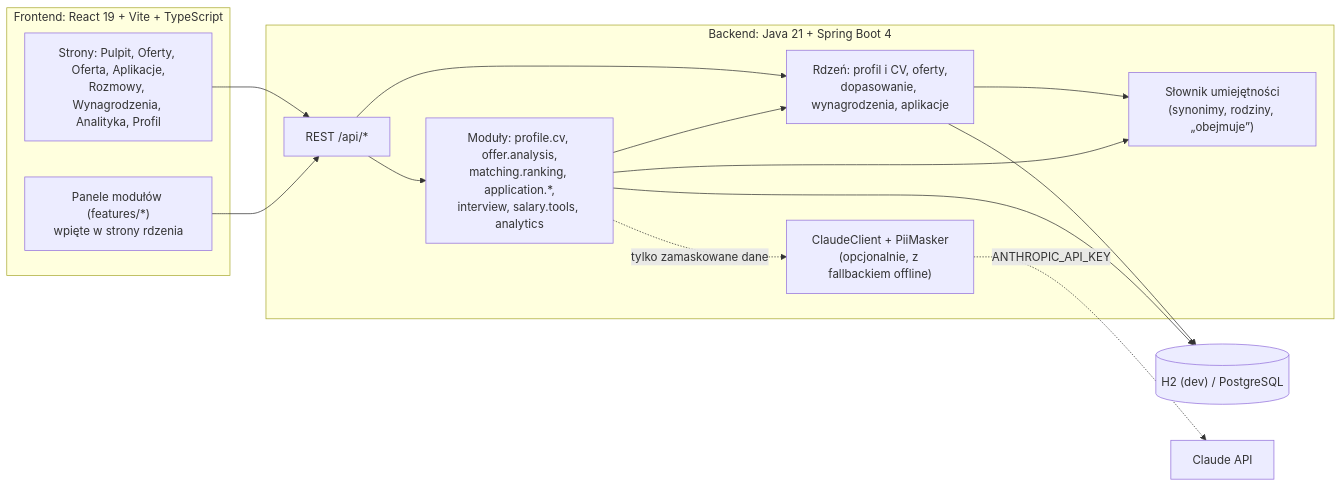
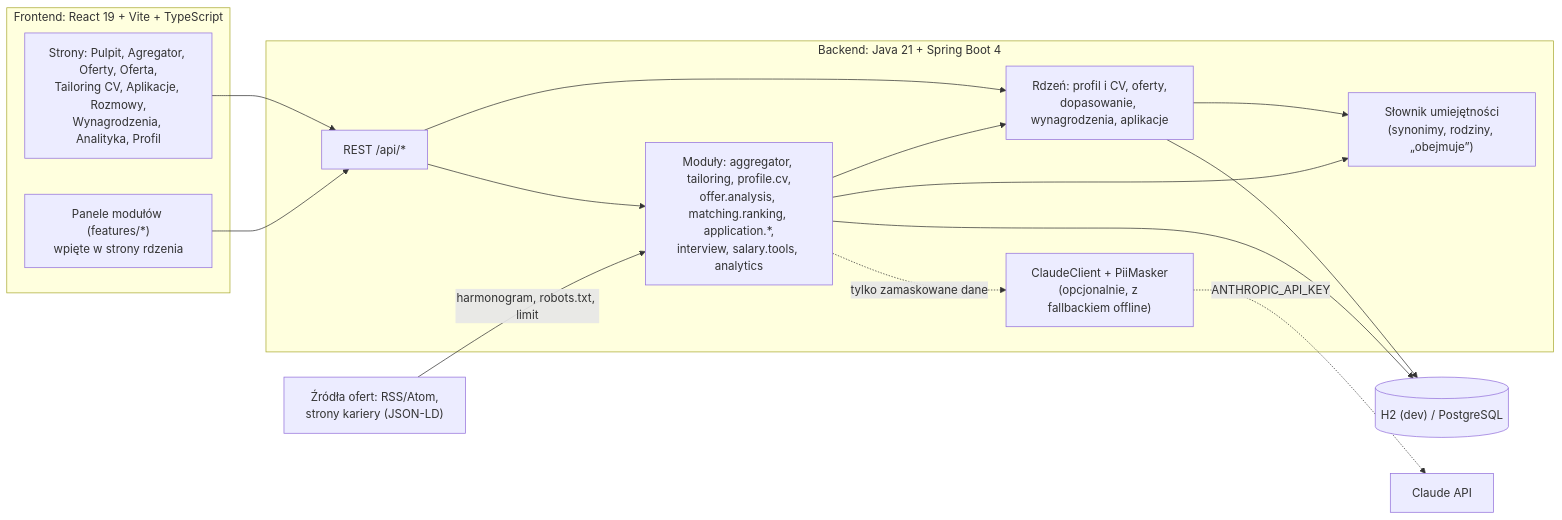
Before and after one commit to moniuh/test: the first of 3 diagrams in docs/ARCHITEKTURA.md, drawn with Mermaid. The commit also changed other lines of this file and 4 other files, not shown here.

````diff
--- a/docs/ARCHITEKTURA.md
+++ b/docs/ARCHITEKTURA.md
@@ -5,28 +5,30 @@
 ```mermaid
 flowchart LR
     subgraph FE["Frontend: React 19 + Vite + TypeScript"]
-        PAGES["Strony: Pulpit, Oferty, Oferta, Aplikacje,<br/>Rozmowy, Wynagrodzenia, Analityka, Profil"]
+        PAGES["Strony: Pulpit, Agregator, Oferty, Oferta,<br/>Tailoring CV, Aplikacje, Rozmowy,<br/>Wynagrodzenia, Analityka, Profil"]
         SLOTS["Panele modułów (features/*)<br/>wpięte w strony rdzenia"]
     end
     subgraph BE["Backend: Java 21 + Spring Boot 4"]
         API["REST /api/*"]
         CORE["Rdzeń: profil i CV, oferty,<br/>dopasowanie, wynagrodzenia, aplikacje"]
-        MODS["Moduły: profile.cv, offer.analysis,<br/>matching.ranking, application.*,<br/>interview, salary.tools, analytics"]
+        MODS["Moduły: aggregator, tailoring, profile.cv,<br/>offer.analysis, matching.ranking, application.*,<br/>interview, salary.tools, analytics"]
         DICT["Słownik umiejętności<br/>(synonimy, rodziny, „obejmuje”)"]
         AI["ClaudeClient + PiiMasker<br/>(opcjonalnie, z fallbackiem offline)"]
     end
     DB[("H2 (dev) / PostgreSQL")]
     CLAUDE["Claude API"]
+    SRC["Źródła ofert: RSS/Atom,<br/>strony kariery (JSON-LD)"]
 
     PAGES --> API
     SLOTS --> API
     API --> CORE
     API --> MODS
     MODS --> CORE
     CORE --> DICT
     MODS --> DICT
     CORE --> DB
     MODS --> DB
     MODS -. "tylko zamaskowane dane" .-> AI
+    SRC -- "harmonogram, robots.txt, limit" --> MODS
     AI -. "ANTHROPIC_API_KEY" .-> CLAUDE
 ```
````
